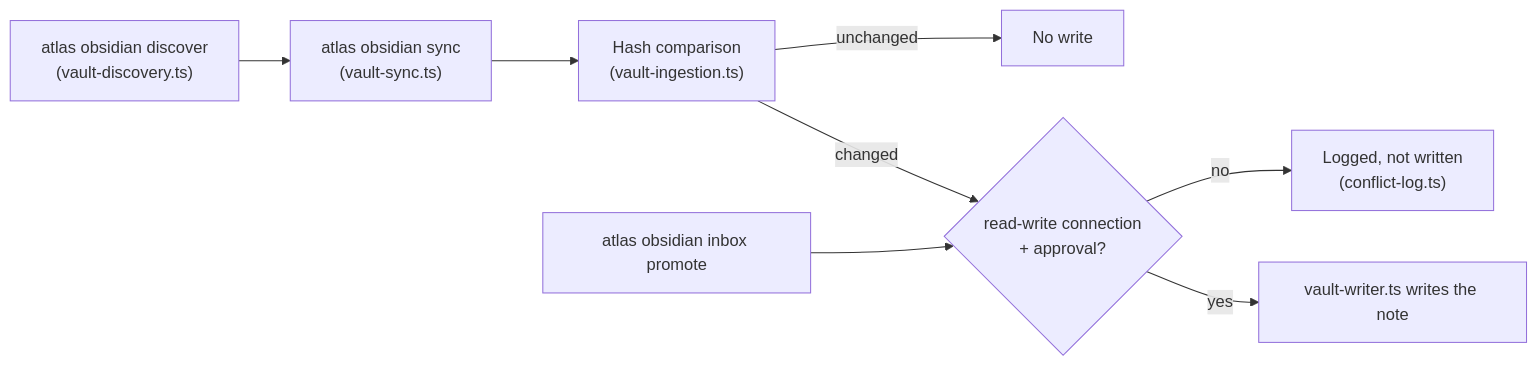
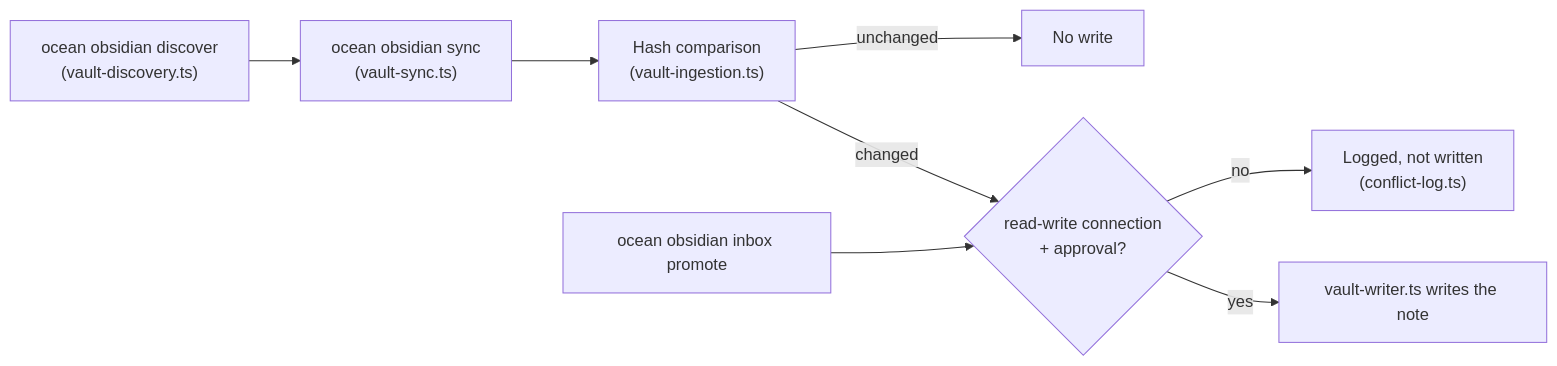
One commit to amoree-code/atlas changed the diagram in docs/mcp.md. Above: the diagram before and after it, drawn with Mermaid. The commit also changed other lines of this file and 16 other files, not shown here.

First line of the commit message:
feat(T-221): public docs — atlas to ocean

````diff
--- a/docs/mcp.md
+++ b/docs/mcp.md
@@ -24,10 +24,10 @@
 ```mermaid
 flowchart LR
-    Discover["atlas obsidian discover\n(vault-discovery.ts)"] --> Sync["atlas obsidian sync\n(vault-sync.ts)"]
+    Discover["ocean obsidian discover\n(vault-discovery.ts)"] --> Sync["ocean obsidian sync\n(vault-sync.ts)"]
     Sync --> Hash["Hash comparison\n(vault-ingestion.ts)"]
     Hash -->|unchanged| Done[No write]
     Hash -->|changed| Gate{"read-write connection\n+ approval?"}
     Gate -->|no| Conflict["Logged, not written\n(conflict-log.ts)"]
     Gate -->|yes| Write["vault-writer.ts writes the note"]
-    Inbox["atlas obsidian inbox promote"] --> Gate
+    Inbox["ocean obsidian inbox promote"] --> Gate
 ```
````
